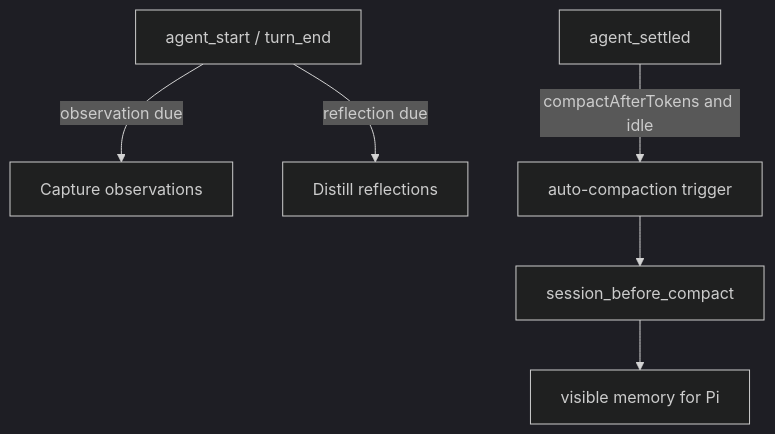
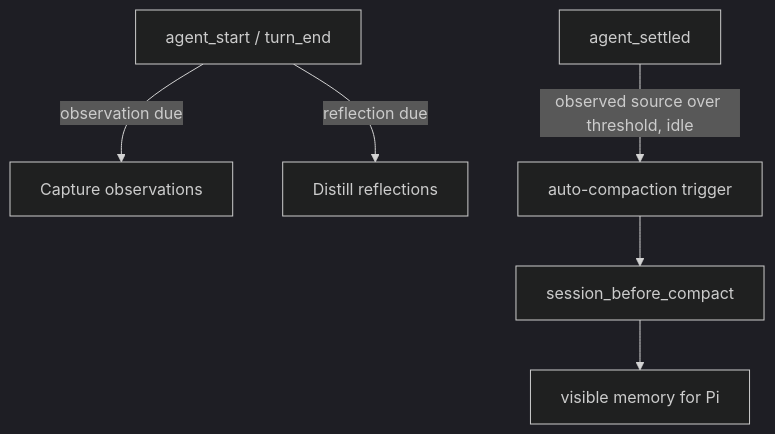
Before and after one commit to drvova/pig-observational-memory: the diagram in README.md, drawn with Mermaid (dark theme). The commit also changed other lines of this file and 3 other files, not shown here.

````diff
--- a/README.md
+++ b/README.md
@@ -373,14 +365,14 @@
 ```mermaid
 flowchart TD
     Turn[agent_start / turn_end]
     Observe[Capture observations]
     Reflect[Distill reflections]
     AgentSettled[agent_settled]
     Trigger[auto-compaction trigger]
     Compact[session_before_compact]
     Summary[visible memory for Pi]
 
     Turn -->|observation due| Observe
     Turn -->|reflection due| Reflect
-    AgentSettled -->|compactAfterTokens and idle| Trigger --> Compact --> Summary
+    AgentSettled -->|observed source over threshold, idle| Trigger --> Compact --> Summary
 ```
````
